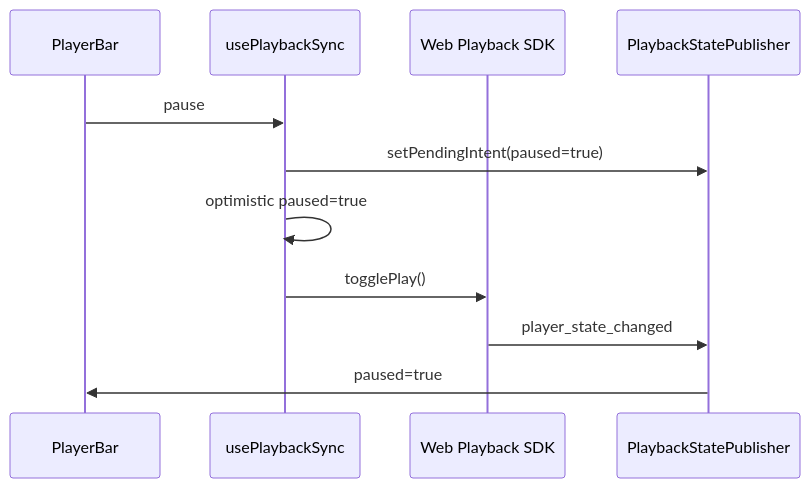
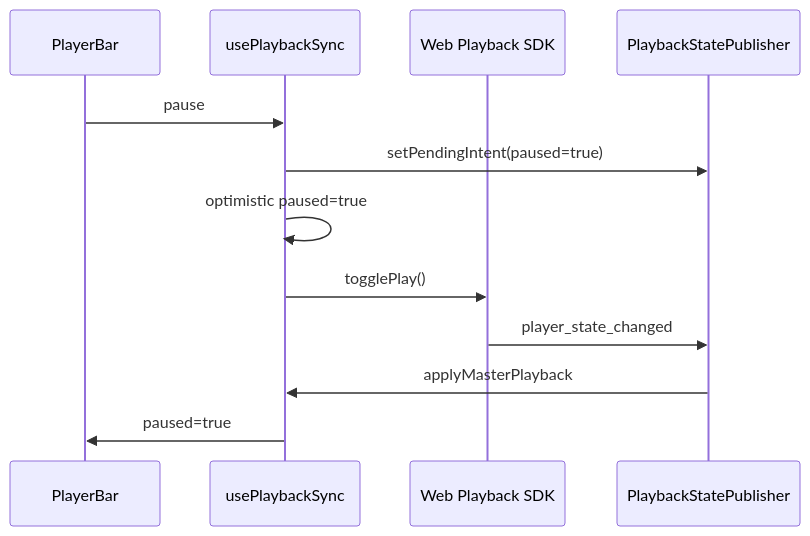
One commit to LucasArgate/muziks changed the second of 3 diagrams in docs/tech/PLAYBACK-MASTER-CLIENT-SYNC.md. Above: the diagram before and after it, drawn with Mermaid. The commit also changed other lines of this file and 33 other files, not shown here.

````diff
--- a/docs/tech/PLAYBACK-MASTER-CLIENT-SYNC.md
+++ b/docs/tech/PLAYBACK-MASTER-CLIENT-SYNC.md
@@ -130,14 +133,15 @@
 ```mermaid
 sequenceDiagram
   participant UI as PlayerBar
   participant Hook as usePlaybackSync
   participant SDK as Web Playback SDK
   participant Pub as PlaybackStatePublisher
 
   UI->>Hook: pause
   Hook->>Pub: setPendingIntent(paused=true)
   Hook->>Hook: optimistic paused=true
   Hook->>SDK: togglePlay()
   SDK->>Pub: player_state_changed
-  Pub->>UI: paused=true
+  Pub->>Hook: applyMasterPlayback
+  Hook->>UI: paused=true
 ```
````
